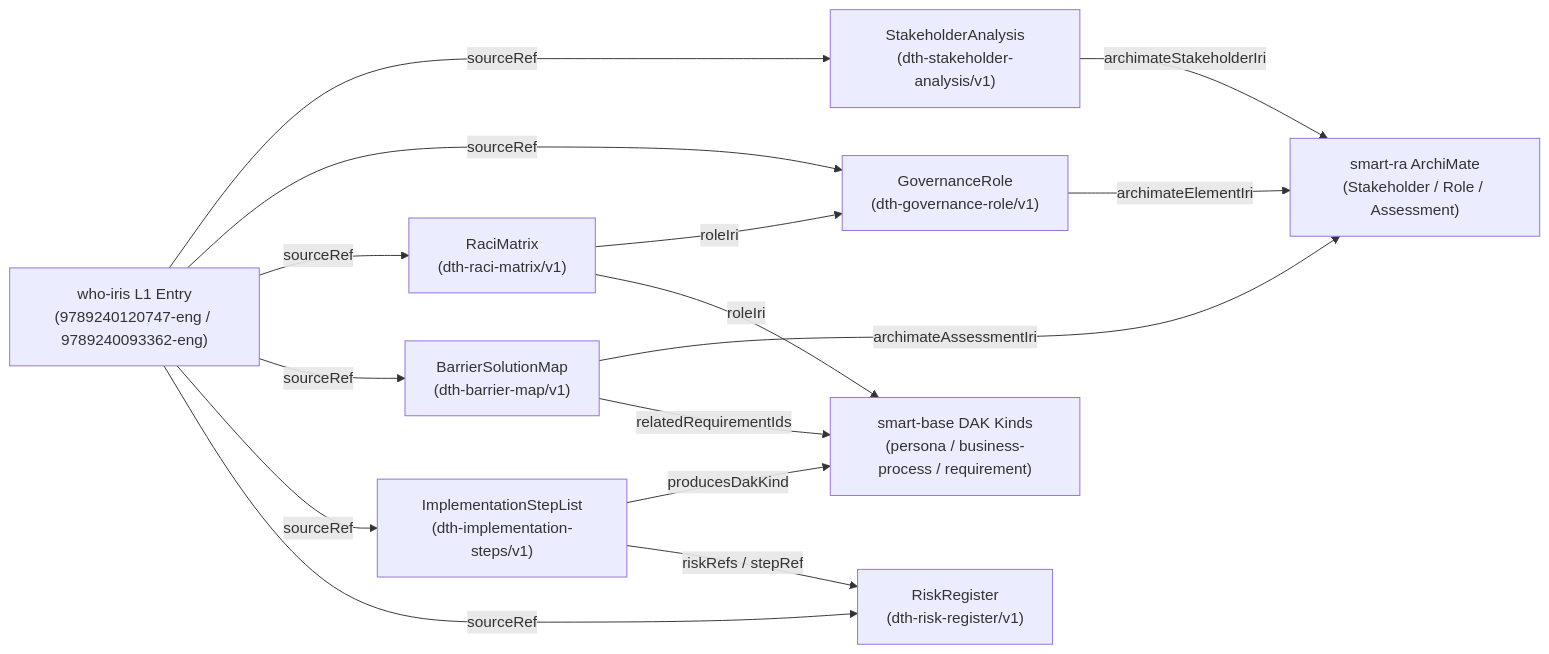
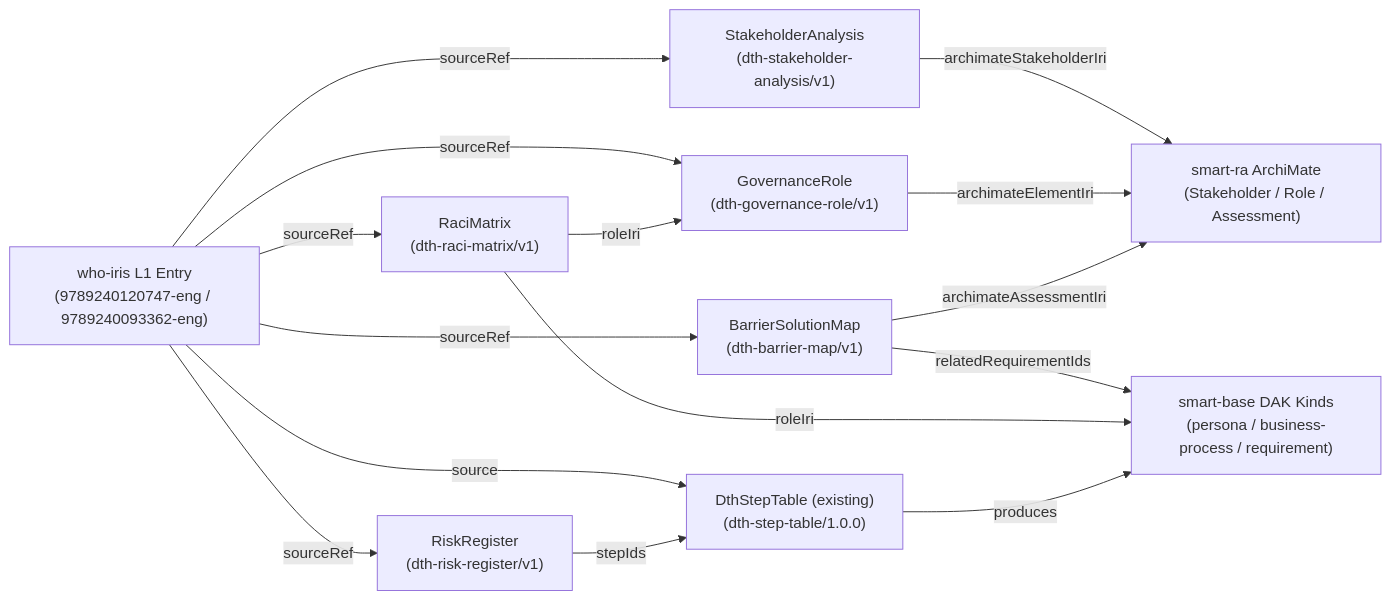
One commit to litlfred/smart-base changed the diagram in smart-base/findings/dth-planning-schemas-proposal-2026-10-31.md. Above: the diagram before and after it, drawn with Mermaid. The commit also changed other lines of this file and 2 other files, not shown here.

First line of the commit message:
Reuse dth-step-table: drop ImplementationStepList, build RiskRegister on its row

````diff
--- a/smart-base/findings/dth-planning-schemas-proposal-2026-10-31.md
+++ b/smart-base/findings/dth-planning-schemas-proposal-2026-10-31.md
@@ -162,28 +145,28 @@
 ```mermaid
 flowchart LR
   L1["who-iris L1 Entry\n(9789240120747-eng / 9789240093362-eng)"]
   STK["StakeholderAnalysis\n(dth-stakeholder-analysis/v1)"]
   GOV["GovernanceRole\n(dth-governance-role/v1)"]
   RACI["RaciMatrix\n(dth-raci-matrix/v1)"]
   BAR["BarrierSolutionMap\n(dth-barrier-map/v1)"]
-  STEP["ImplementationStepList\n(dth-implementation-steps/v1)"]
+  STEP["DthStepTable (existing)\n(dth-step-table/1.0.0)"]
   RISK["RiskRegister\n(dth-risk-register/v1)"]
   RA["smart-ra ArchiMate\n(Stakeholder / Role / Assessment)"]
   DAK["smart-base DAK Kinds\n(persona / business-process / requirement)"]
 
   L1 -->|sourceRef| STK
   L1 -->|sourceRef| GOV
   L1 -->|sourceRef| RACI
   L1 -->|sourceRef| BAR
-  L1 -->|sourceRef| STEP
+  L1 -->|source| STEP
   L1 -->|sourceRef| RISK
 
   STK -->|archimateStakeholderIri| RA
   GOV -->|archimateElementIri| RA
   BAR -->|archimateAssessmentIri| RA
   BAR -->|relatedRequirementIds| DAK
   RACI -->|roleIri| GOV
   RACI -->|roleIri| DAK
-  STEP -->|producesDakKind| DAK
-  STEP -->|riskRefs / stepRef| RISK
+  STEP -->|produces| DAK
+  RISK -->|stepIds| STEP
 ```
````
